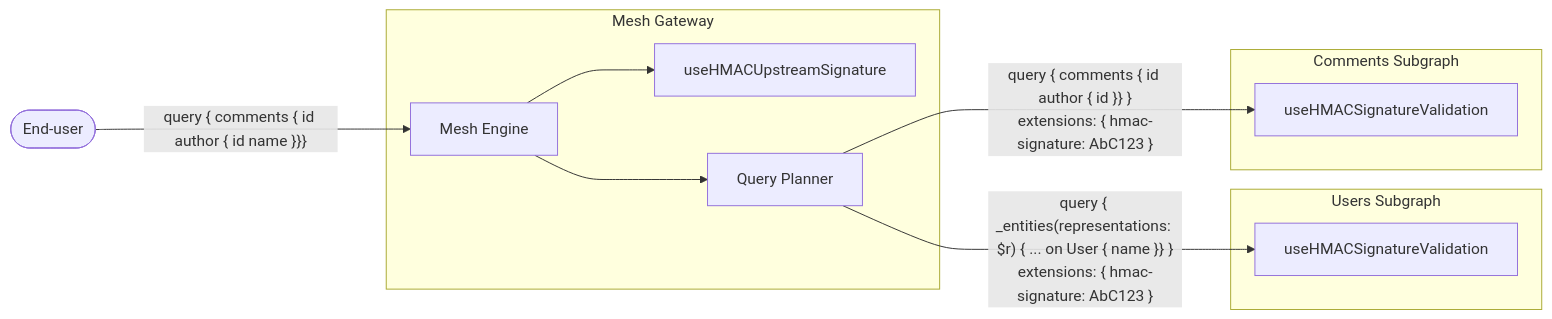
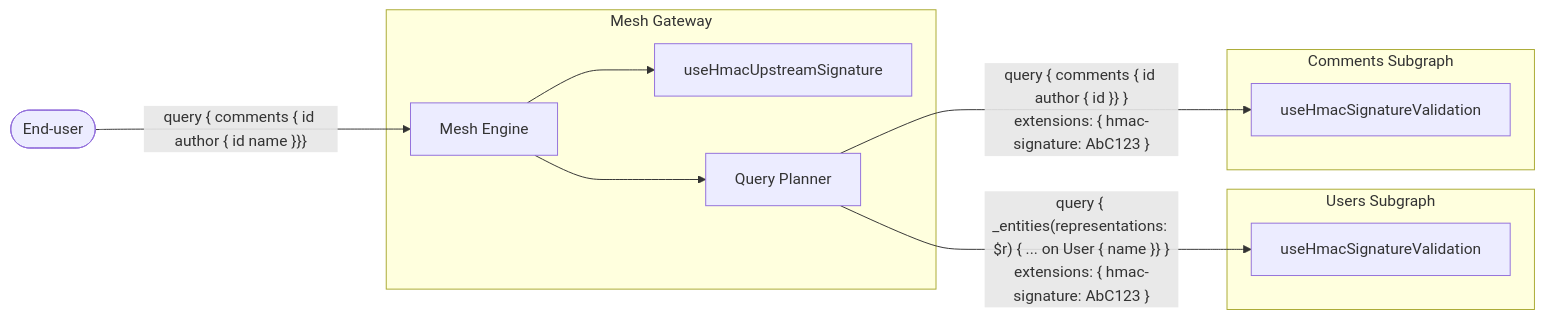
Before and after one commit to ardatan/graphql-mesh: the diagram in website/src/pages/v1/serve/features/security/hmac-signature.mdx, drawn with Mermaid. The commit also changed other lines of this file and 2 other files, not shown here.

````diff
--- a/website/src/pages/v1/serve/features/security/hmac-signature.mdx
+++ b/website/src/pages/v1/serve/features/security/hmac-signature.mdx
@@ -17,23 +17,23 @@
 ```mermaid
 flowchart LR
 	1(["End-user"]) --->|"query { comments { id author { id name }}}"| 2
 
     subgraph Mesh Gateway
     2["Mesh Engine"]
-    3["useHMACUpstreamSignature"]
+    3["useHmacUpstreamSignature"]
     4["Query Planner"]
     2--->3
     2--->4
     end
 
     subgraph "Users Subgraph"
-        5["useHMACSignatureValidation"]
+        5["useHmacSignatureValidation"]
         4--->|"query { _entities(representations: $r) { ... on User { name }} }\nextensions: { hmac-signature: AbC123 }"|5
     end
 
     subgraph "Comments Subgraph"
-        6["useHMACSignatureValidation"]
+        6["useHmacSignatureValidation"]
 
         4--->|"query { comments { id author { id }} }\nextensions: { hmac-signature: AbC123 }"|6
     end
 ```
````
